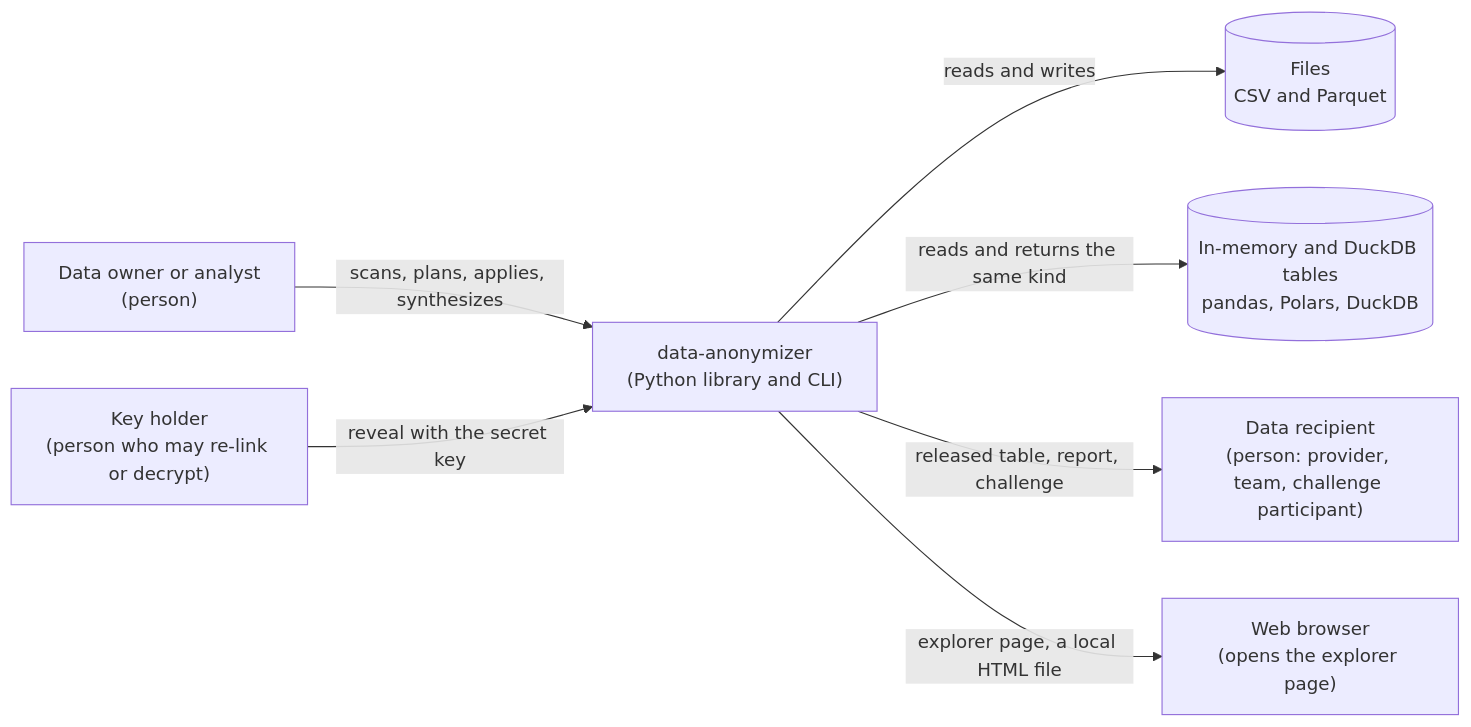
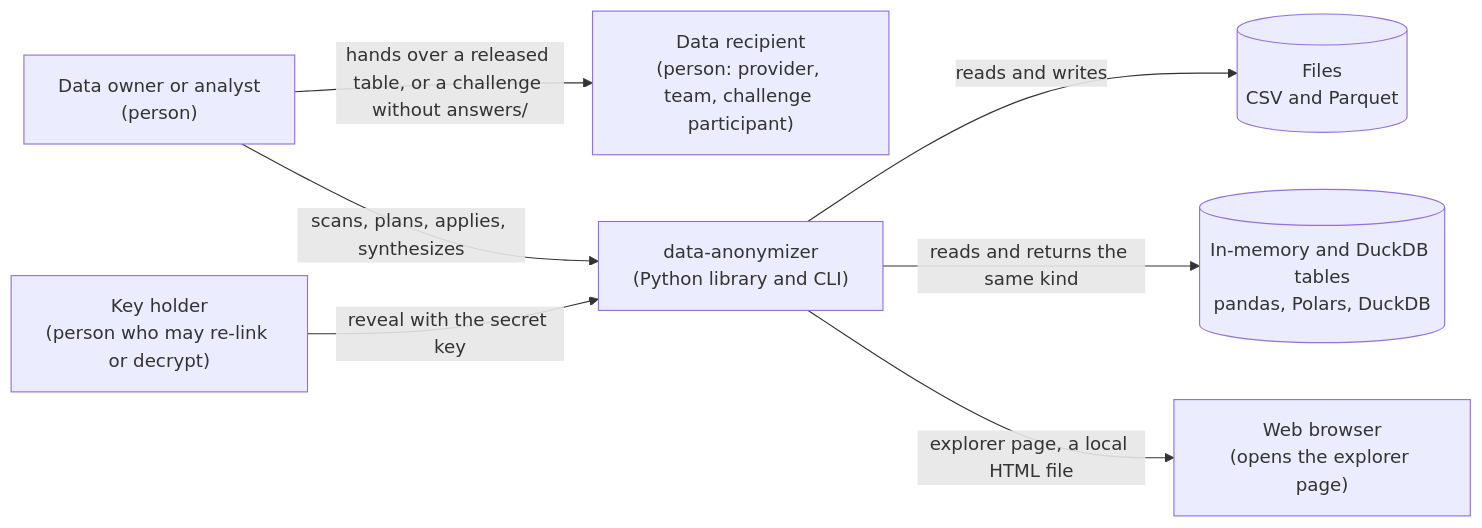
Before and after one commit to rmonteiro-pereira/data-anonymizer: the first of 4 diagrams in ARCHITECTURE.md, drawn with Mermaid. The commit also changed other lines of this file and 11 other files, not shown here.

````diff
--- a/ARCHITECTURE.md
+++ b/ARCHITECTURE.md
@@ -34,17 +35,17 @@
 ```mermaid
 flowchart LR
   owner["Data owner or analyst<br/>(person)"]
   recipient["Data recipient<br/>(person: provider, team, challenge participant)"]
   keyholder["Key holder<br/>(person who may re-link or decrypt)"]
   system["data-anonymizer<br/>(Python library and CLI)"]
   files[("Files<br/>CSV and Parquet")]
   frames[("In-memory and DuckDB tables<br/>pandas, Polars, DuckDB")]
   browser["Web browser<br/>(opens the explorer page)"]
 
   owner -->|"scans, plans, applies, synthesizes"| system
   system -->|"reads and writes"| files
   system -->|"reads and returns the same kind"| frames
-  system -->|"released table, report, challenge"| recipient
+  owner -->|"hands over a released table, or a challenge without answers/"| recipient
   system -->|"explorer page, a local HTML file"| browser
   keyholder -->|"reveal with the secret key"| system
 ```
````
